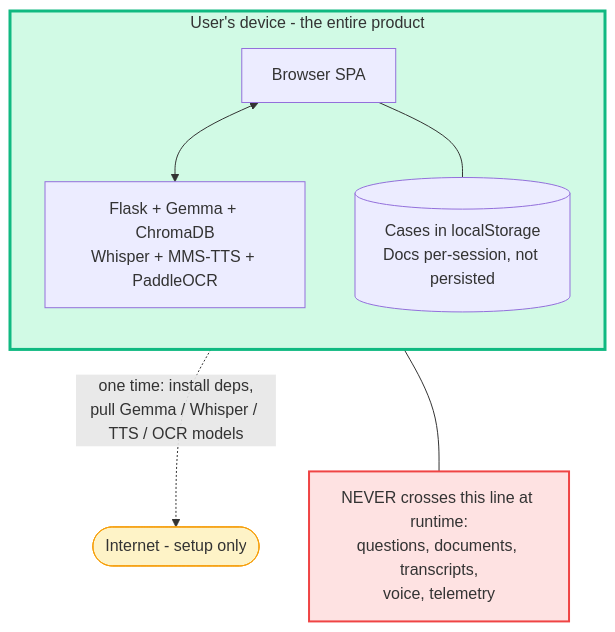
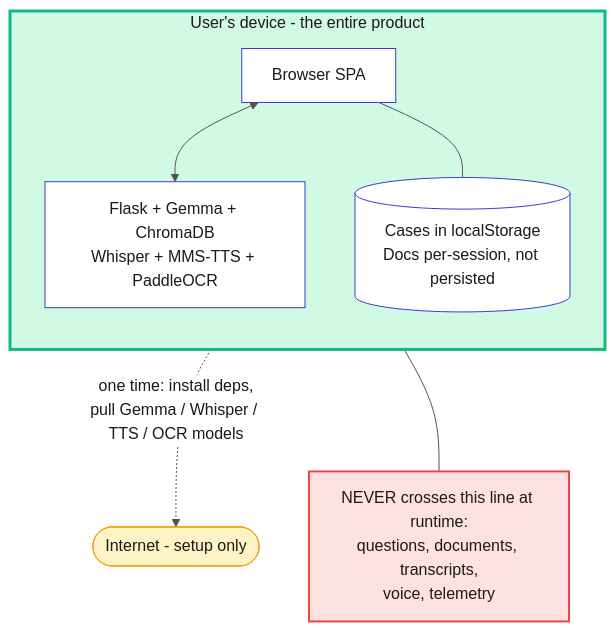
Before and after one commit to MAsTeRlssPd/AdhiKaar: the ninth of 9 diagrams in docs/ARCHITECTURE.md, drawn with Mermaid. The commit also changed other lines of this file and 1 other file, not shown here.

First line of the commit message:
Fix mermaid diagram contrast in GitHub light and dark mode

````diff
--- a/docs/ARCHITECTURE.md
+++ b/docs/ARCHITECTURE.md
@@ -443,21 +451,22 @@
 ```mermaid
+%%{init: {'theme':'base','themeVariables':{'background':'#FFFFFF','primaryColor':'#EEF2FF','primaryTextColor':'#1C1917','primaryBorderColor':'#4338CA','secondaryColor':'#FAF9F6','tertiaryColor':'#FFFFFF','lineColor':'#57534E','textColor':'#1C1917','mainBkg':'#FFFFFF','nodeBorder':'#4338CA','clusterBkg':'#FFFFFF','clusterBorder':'#4338CA','edgeLabelBackground':'#FFFFFF','actorBkg':'#EEF2FF','actorTextColor':'#1C1917','actorBorder':'#4338CA','signalColor':'#1C1917','signalTextColor':'#1C1917','noteBkgColor':'#FEF3C7','noteTextColor':'#1C1917','noteBorderColor':'#F59E0B','labelBoxBkgColor':'#EEF2FF','labelTextColor':'#1C1917','sequenceNumberColor':'#FFFFFF'}}}%%
 flowchart TB
     subgraph DEV["User's device - the entire product"]
         direction TB
         B["Browser SPA"]
         F["Flask + Gemma + ChromaDB<br/>Whisper + MMS-TTS + PaddleOCR"]
         D[("Cases in localStorage<br/>Docs per-session, not persisted")]
         B <--> F
         B --- D
     end
 
     SETUP(["Internet - setup only"])
     BLOCKED["NEVER crosses this line at runtime:<br/>questions, documents, transcripts,<br/>voice, telemetry"]
 
     DEV -. "one time: install deps,<br/>pull Gemma / Whisper / TTS / OCR models" .-> SETUP
     DEV --- BLOCKED
 
-    style DEV fill:#D1FAE5,stroke:#10B981,stroke-width:3px
-    style SETUP fill:#FEF3C7,stroke:#F59E0B
-    style BLOCKED fill:#FEE2E2,stroke:#EF4444,stroke-width:2px
+    style DEV fill:#D1FAE5,stroke:#10B981,stroke-width:3px,color:#1C1917
+    style SETUP fill:#FEF3C7,stroke:#F59E0B,color:#1C1917
+    style BLOCKED fill:#FEE2E2,stroke:#EF4444,stroke-width:2px,color:#1C1917
 ```
````
